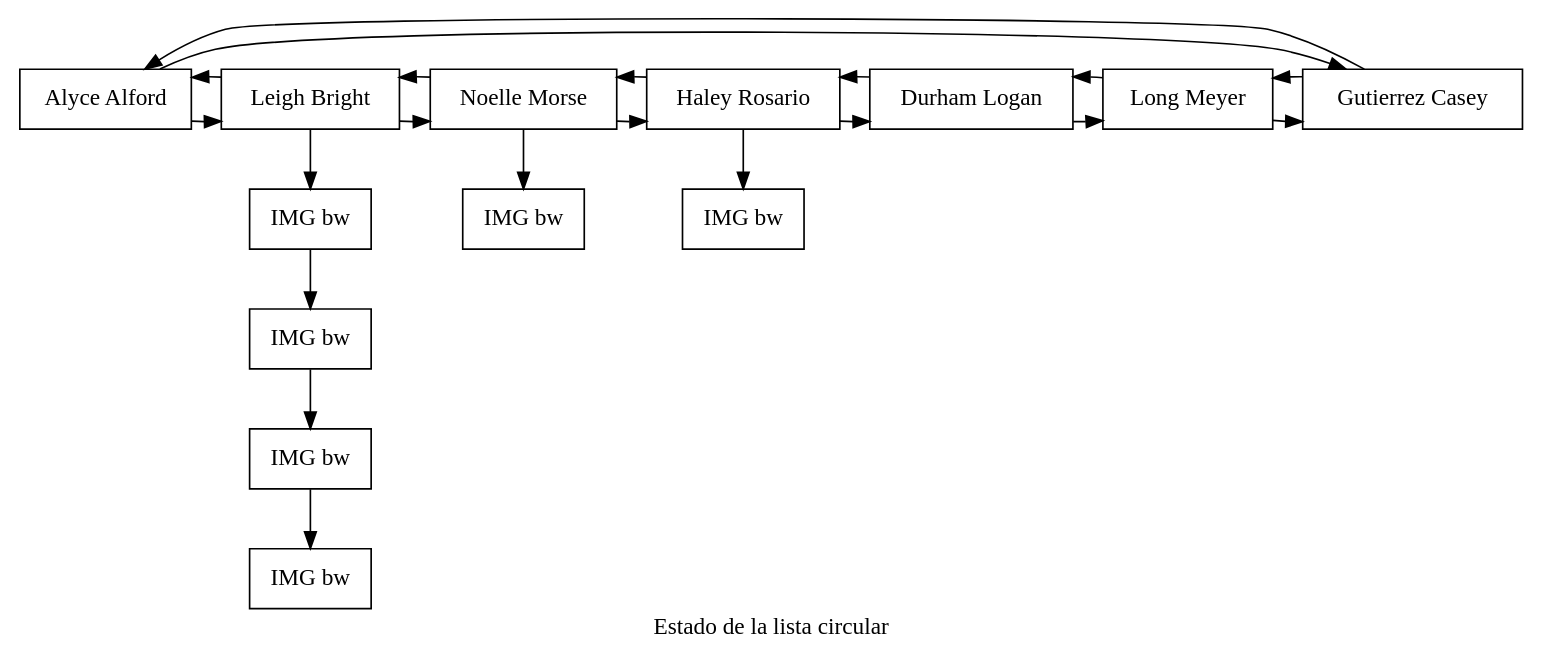
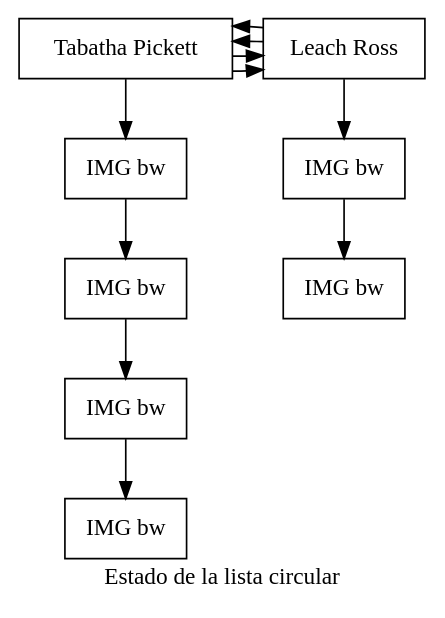
Before and after one commit to Kelly901/EDD_PROYECTO_FASE1_201900716: the diagram in [EDD]PROYECTO_FASE1_201900716/Proyecto1_Edd/ClienteEspera.dot, drawn with Graphviz. The commit also changed 26 other files, not shown here.

```diff
--- a/[EDD]PROYECTO_FASE1_201900716/Proyecto1_Edd/ClienteEspera.dot
+++ b/[EDD]PROYECTO_FASE1_201900716/Proyecto1_Edd/ClienteEspera.dot
@@ -1,40 +1,25 @@
 digraph G{
 label="Estado de la lista circular ";
 node[shape=box];
-nC1149319664[label="Alyce Alford"];
-nC2093631819[label="Leigh Bright"];
-nP1989780873[label="IMG bw"];
-nP1480010240[label="IMG bw"];
-nP81628611[label="IMG bw"];
-nP1828972342[label="IMG bw"];
-nC999966131[label="Noelle Morse"];
-nP931919113[label="IMG bw"];
-nC1452126962[label="Haley Rosario"];
-nP764977973[label="IMG bw"];
-nC1607521710[label="Durham Logan"];
-nC381259350[label="Long Meyer"];
-nC2074407503[label="Gutierrez Casey"];
+nC1044036744[label="Tabatha Pickett"];
+nP1406718218[label="IMG bw"];
+nP245257410[label="IMG bw"];
+nP1705736037[label="IMG bw"];
+nP455659002[label="IMG bw"];
+nC1826771953[label="Leach Ross"];
+nP250421012[label="IMG bw"];
+nP1915318863[label="IMG bw"];
 
-nC1149319664->nC2093631819;
-nC1149319664->nC2074407503;
-nC2093631819->nC999966131;
-nC2093631819->nC1149319664;
-nC2093631819->nP1989780873;
-nP1989780873->nP1480010240;
-nP1480010240->nP81628611;
-nP81628611->nP1828972342;
-nC999966131->nC1452126962;
-nC999966131->nC2093631819;
-nC999966131->nP931919113;
-nC1452126962->nC1607521710;
-nC1452126962->nC999966131;
-nC1452126962->nP764977973;
-nC1607521710->nC381259350;
-nC1607521710->nC1452126962;
-nC381259350->nC2074407503;
-nC381259350->nC1607521710;
-nC2074407503->nC1149319664;
-nC2074407503->nC381259350;
+nC1044036744->nC1826771953;
+nC1044036744->nC1826771953;
+nC1044036744->nP1406718218;
+nP1406718218->nP245257410;
+nP245257410->nP1705736037;
+nP1705736037->nP455659002;
+nC1826771953->nC1044036744;
+nC1826771953->nC1044036744;
+nC1826771953->nP250421012;
+nP250421012->nP1915318863;
 
-{rank=same;nC1149319664;nC2093631819;nC999966131;nC1452126962;nC1607521710;nC381259350;nC2074407503;}
+{rank=same;nC1044036744;nC1826771953;}
 }
```
